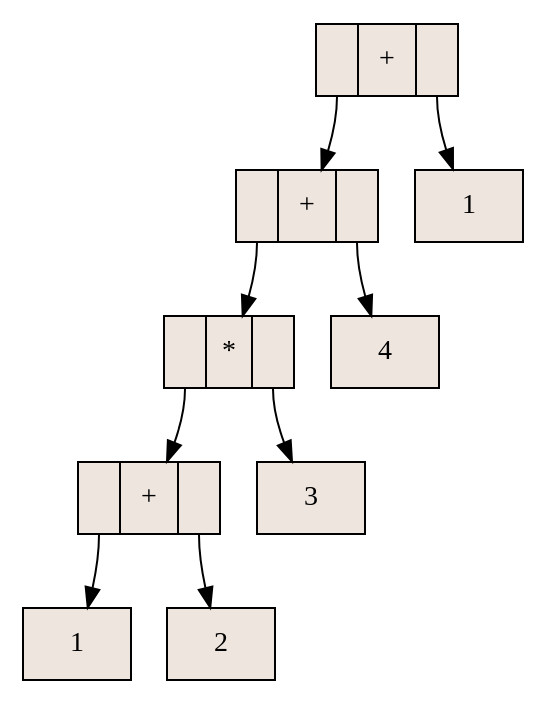
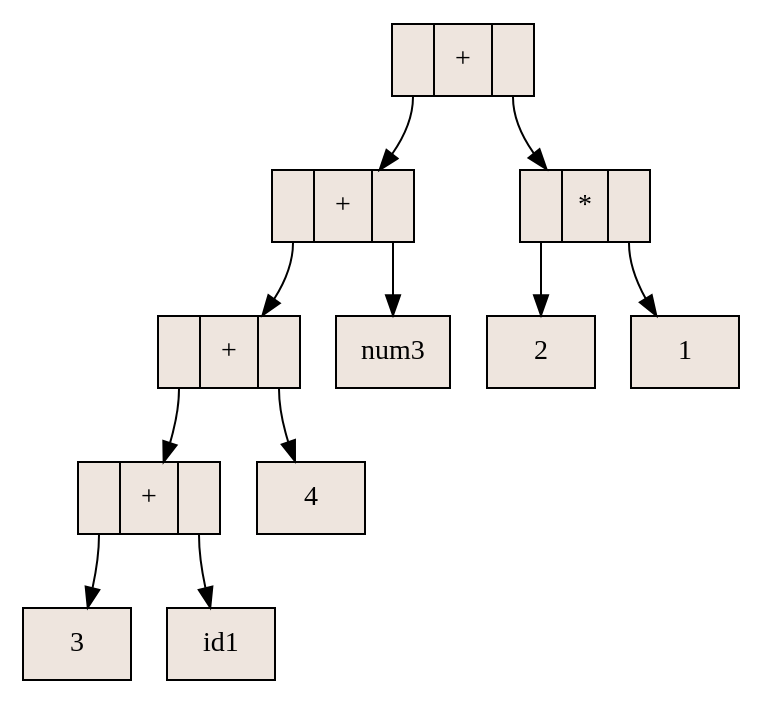
The diagram in GeneradorArbolSinstaxis/graf1.dot (adolfosonchiche/AplicacionAtributosSintetizdos_compi2), drawn with Graphviz before and after one commit. The commit also changed 18 other files, not shown here.

```diff
--- a/GeneradorArbolSinstaxis/graf1.dot
+++ b/GeneradorArbolSinstaxis/graf1.dot
@@ -1,21 +1,25 @@
 digraph grafica{
 rankdir=TB;
 node [shape = record, style=filled, fillcolor=seashell2];
-nodo9 [ label ="<C0>|+|<C1>"];
+nodo11 [ label ="<C0>|+|<C1>"];
 nodo7 [ label ="<C0>|+|<C1>"];
-nodo5 [ label ="<C0>|*|<C1>"];
+nodo5 [ label ="<C0>|+|<C1>"];
 nodo3 [ label ="<C0>|+|<C1>"];
-nodo1 [ label ="1"];
+nodo1 [ label ="3"];
 nodo3:C0->nodo1
-nodo2 [ label ="2"];
+nodo2 [ label ="id1"];
 nodo3:C1->nodo2
 nodo5:C0->nodo3
-nodo4 [ label ="3"];
+nodo4 [ label ="4"];
 nodo5:C1->nodo4
 nodo7:C0->nodo5
-nodo6 [ label ="4"];
+nodo6 [ label ="num3"];
 nodo7:C1->nodo6
-nodo9:C0->nodo7
-nodo8 [ label ="1"];
-nodo9:C1->nodo8
+nodo11:C0->nodo7
+nodo10 [ label ="<C0>|*|<C1>"];
+nodo8 [ label ="2"];
+nodo10:C0->nodo8
+nodo9 [ label ="1"];
+nodo10:C1->nodo9
+nodo11:C1->nodo10
 }
```
